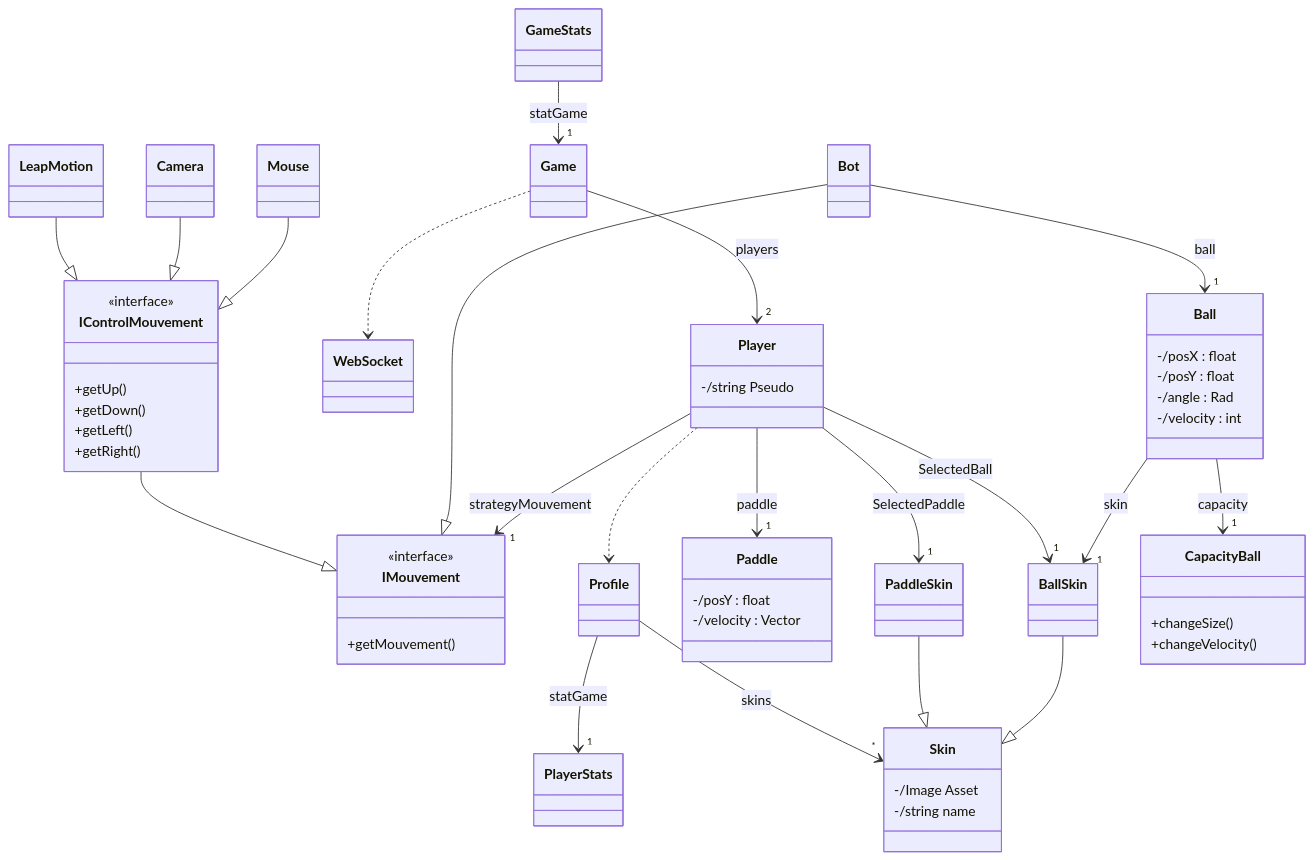
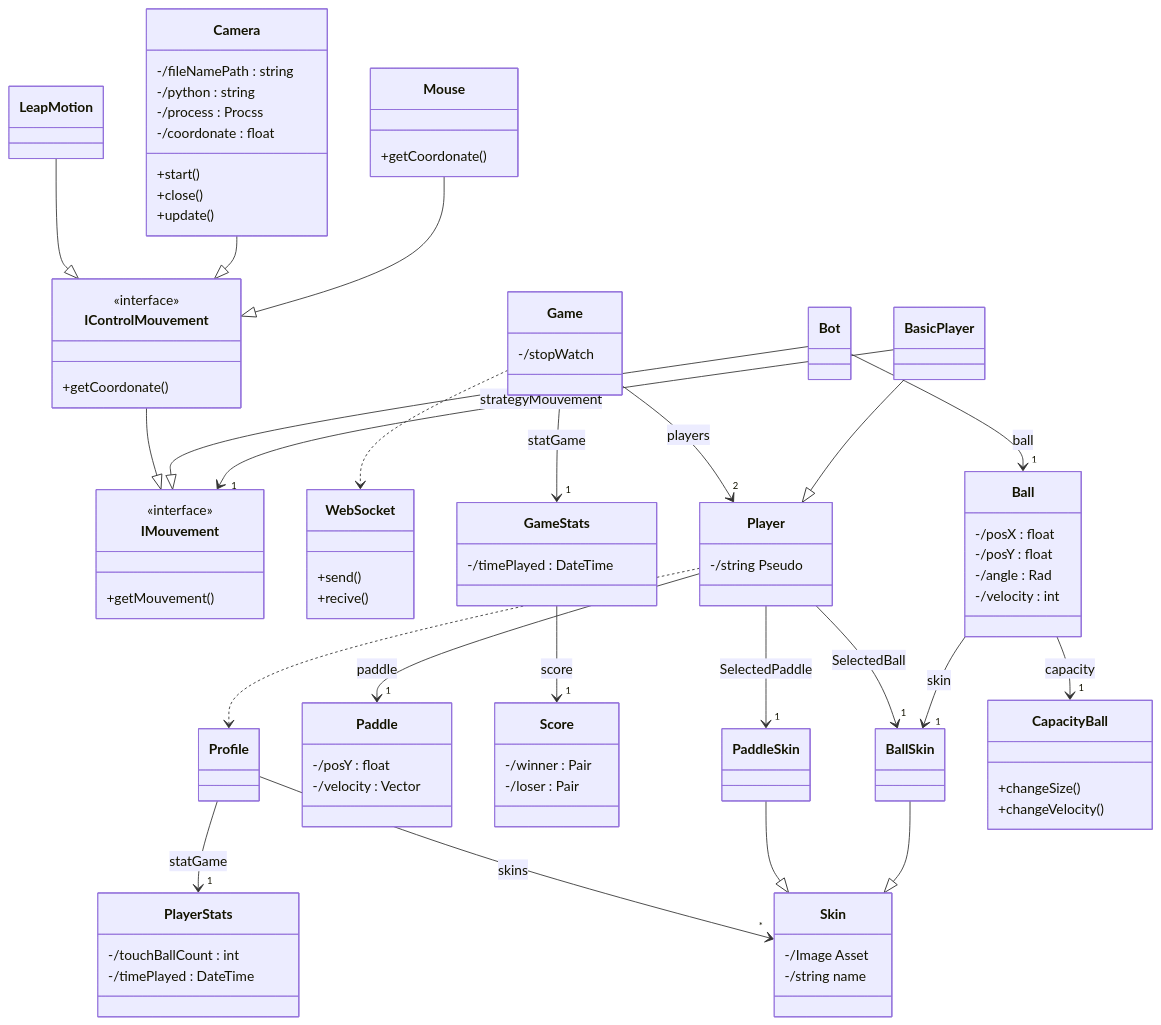
The diagram in README.md (Hug0lvt/LeapHit-Client), drawn with Mermaid before and after one commit.

Commit message:
moins lisible mais un peu plus complet (a rendre lisible)

```diff
--- a/README.md
+++ b/README.md
@@ -12,10 +12,7 @@
     
 
     class IControlMouvement{
-        +getUp()
-        +getDown()
-        +getLeft()
-        +getRight()
+        +getCoordonate()
     }
     <<interface>> IControlMouvement
     IControlMouvement --|> IMouvement
@@ -26,18 +23,26 @@
     LeapMotion --|> IControlMouvement
 
     class Camera{
-
+        -/fileNamePath : string
+        -/python : string
+        -/process : Procss
+        -/coordonate : float
+        +start()
+        +close()
+        +update()
     }
     Camera --|> IControlMouvement
 
     class Mouse{
-
+        +getCoordonate()
     }
     Mouse --|> IControlMouvement
     
 
     class PlayerStats{
-        
+        -/touchBallCount : int
+        -/timePlayed : DateTime
+
     }
 
     class Profile{
@@ -55,18 +60,29 @@
     
     
     class WebSocket{
+        +send()
+        +recive()
+    }
 
+    class Score{
+        -/winner : Pair<Profile, int>
+        -/loser : Pair<Profile, int>
     }
 
     class GameStats{
-    }
-    GameStats --> "1" Game : statGame   
+        -/timePlayed : DateTime
+        
+    } 
+    GameStats --> "1" Score : score
 
     class Game{
+        -/stopWatch
 
     }
+    Game --> "1" GameStats : statGame
     Game --> "2" Player : players
     Game ..> WebSocket
+    
 
     
     
@@ -76,18 +92,20 @@
     Bot --> "1" Ball : ball
     Bot --|> IMouvement 
 
+    class BasicPlayer{
+
+    }
+    BasicPlayer --> "1" IMouvement : strategyMouvement
+    BasicPlayer --|> Player
     
-
 
     class Player{
         -/string Pseudo
     }
-    Player --> "1" IMouvement : strategyMouvement
     Player --> "1" Paddle : paddle
     Player ..> Profile
     Player --> "1" BallSkin : SelectedBall
     Player --> "1" PaddleSkin : SelectedPaddle
-    
     
     
 
```
